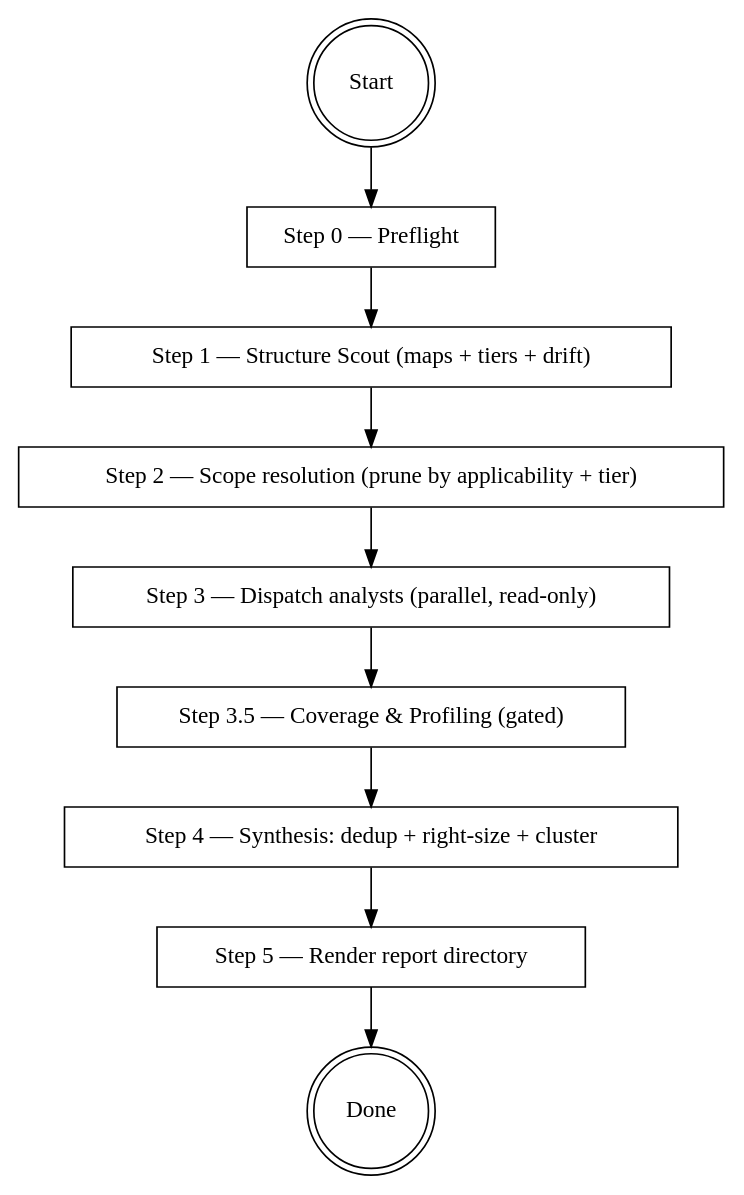
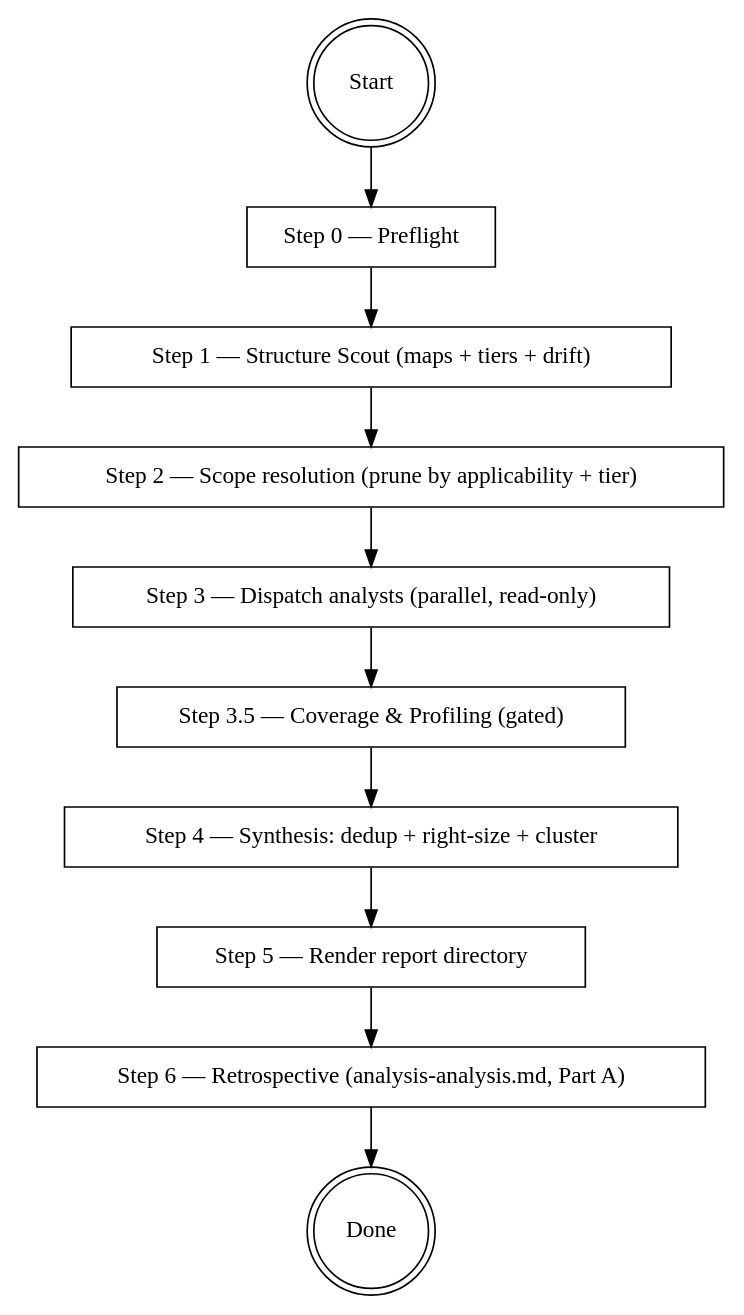
The diagram in codebase-deep-analysis/SKILL.md (Tuxie/vibe), drawn with Graphviz before and after one commit. The commit also changed other lines of this file and 2 other files, not shown here.

````diff
--- a/codebase-deep-analysis/SKILL.md
+++ b/codebase-deep-analysis/SKILL.md
@@ -34,22 +35,24 @@
 ```dot
 digraph analysis_flow {
     "Start" [shape=doublecircle];
     "Step 0 — Preflight" [shape=box];
     "Step 1 — Structure Scout (maps + tiers + drift)" [shape=box];
     "Step 2 — Scope resolution (prune by applicability + tier)" [shape=box];
     "Step 3 — Dispatch analysts (parallel, read-only)" [shape=box];
     "Step 3.5 — Coverage & Profiling (gated)" [shape=box];
     "Step 4 — Synthesis: dedup + right-size + cluster" [shape=box];
     "Step 5 — Render report directory" [shape=box];
+    "Step 6 — Retrospective (analysis-analysis.md, Part A)" [shape=box];
     "Done" [shape=doublecircle];
 
     "Start" -> "Step 0 — Preflight";
     "Step 0 — Preflight" -> "Step 1 — Structure Scout (maps + tiers + drift)";
     "Step 1 — Structure Scout (maps + tiers + drift)" -> "Step 2 — Scope resolution (prune by applicability + tier)";
     "Step 2 — Scope resolution (prune by applicability + tier)" -> "Step 3 — Dispatch analysts (parallel, read-only)";
     "Step 3 — Dispatch analysts (parallel, read-only)" -> "Step 3.5 — Coverage & Profiling (gated)";
     "Step 3.5 — Coverage & Profiling (gated)" -> "Step 4 — Synthesis: dedup + right-size + cluster";
     "Step 4 — Synthesis: dedup + right-size + cluster" -> "Step 5 — Render report directory";
-    "Step 5 — Render report directory" -> "Done";
+    "Step 5 — Render report directory" -> "Step 6 — Retrospective (analysis-analysis.md, Part A)";
+    "Step 6 — Retrospective (analysis-analysis.md, Part A)" -> "Done";
 }
 ```
````
